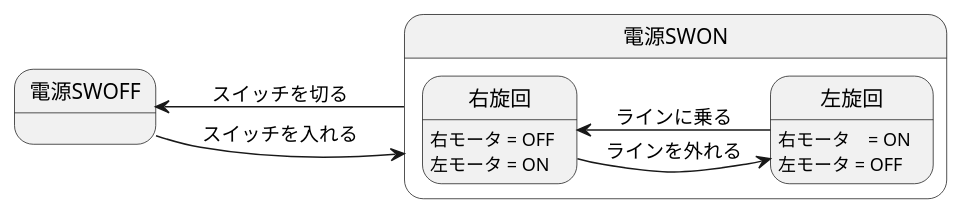
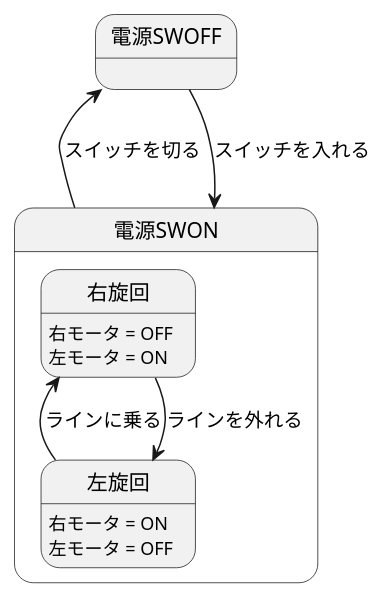
One commit to marute0215/uml-introduction changed the diagram in 演習6-5-3_ステートマシン図_ライントレーサー.pu. Above: the diagram before and after it, drawn with PlantUML.

Commit message:
修正

```diff
--- a/演習6-5-3_ステートマシン図_ライントレーサー.pu
+++ b/演習6-5-3_ステートマシン図_ライントレーサー.pu
@@ -1,22 +1,20 @@
 @startuml 
-
-left to right direction
 
 state 電源SWON{
     state 右旋回{
         右旋回: 右モータ = OFF
         右旋回: 左モータ = ON 
     }
     state 左旋回{
-        左旋回: 右モータ　= ON
+        左旋回: 右モータ = ON
         左旋回: 左モータ = OFF
     }
 }
 state 電源SWOFF
 電源SWOFF --> 電源SWON : スイッチを入れる
 電源SWOFF <-- 電源SWON : スイッチを切る
 右旋回 --> 左旋回 :ラインを外れる
 
 右旋回 <-- 左旋回 :ラインに乗る
 
 @enduml
```
